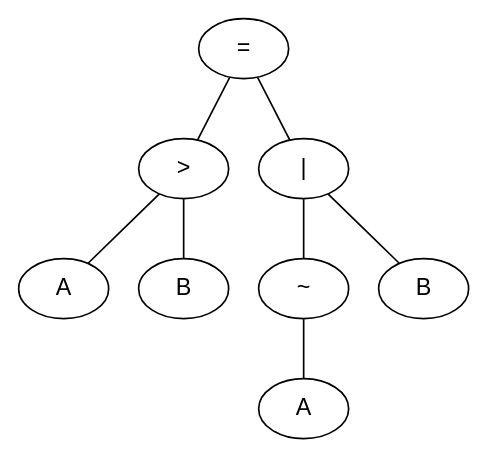
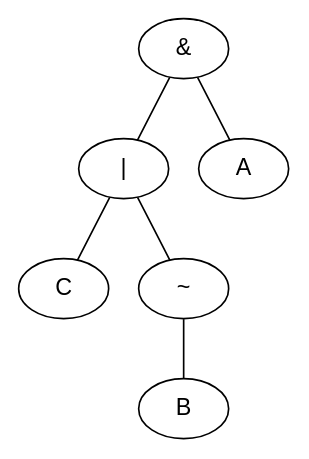
Before and after one commit to radityasurya/LogicaSimulator: the diagram in LogicaSimulator/bin/Debug/abc.dot, drawn with Graphviz. The commit also changed 22 other files, not shown here.

```diff
--- a/LogicaSimulator/bin/Debug/abc.dot
+++ b/LogicaSimulator/bin/Debug/abc.dot
@@ -1,18 +1,14 @@
 graph logic {
 node [ fontname = "Arial" ]
-node1 [ label = " = " ]
+node1 [ label = " & " ]
 node1 -- node2
-node1 -- node5
-node2 [ label = " > " ]
+node1 -- node6
+node2 [ label = " | " ]
 node2 -- node3
 node2 -- node4
-node3 [ label = " A " ]
-node4 [ label = " B " ]
-node5 [ label = " | " ]
-node5 -- node6
-node5 -- node8
-node6 [ label = " ~ " ]
-node6 -- node7
-node7 [ label = " A " ]
-node8 [ label = " B " ]
+node3 [ label = " C " ]
+node4 [ label = " ~ " ]
+node4 -- node5
+node5 [ label = " B " ]
+node6 [ label = " A " ]
 }
```
